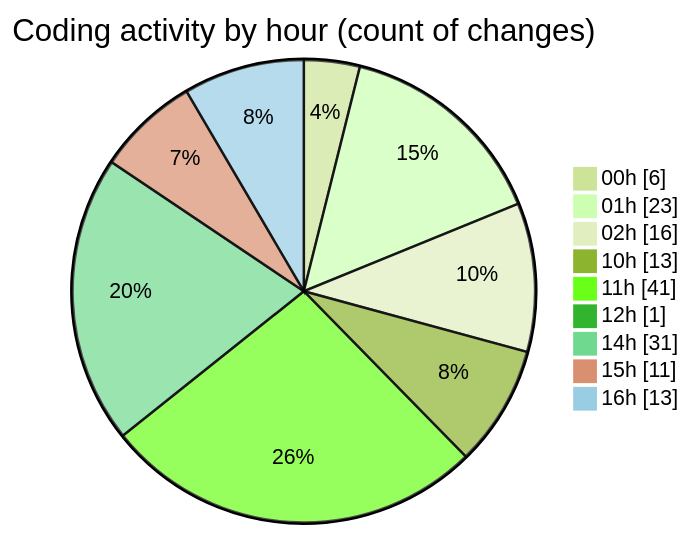
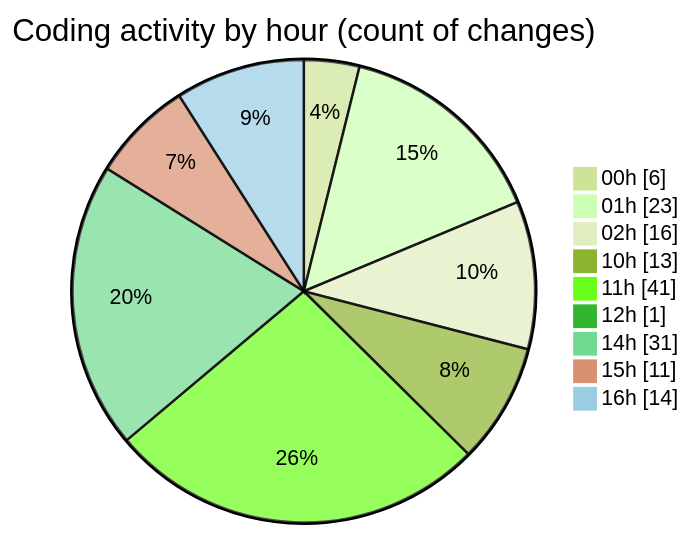
Before and after one commit to julien-gomy/code-tracking: the second of 2 diagrams in 2025-11-08/eventscop-frontend-guide__workspace_/README.md, drawn with Mermaid (forest theme). The commit also changed other lines of this file and 1 other file, not shown here.

````diff
--- a/2025-11-08/eventscop-frontend-guide__workspace_/README.md
+++ b/2025-11-08/eventscop-frontend-guide__workspace_/README.md
@@ -73,13 +74,13 @@
 ```mermaid
 pie showData
 title Coding activity by hour (count of changes)
 "00h" : 6
 "01h" : 23
 "02h" : 16
 "10h" : 13
 "11h" : 41
 "12h" : 1
 "14h" : 31
 "15h" : 11
-"16h" : 13
+"16h" : 14
 ```
````
